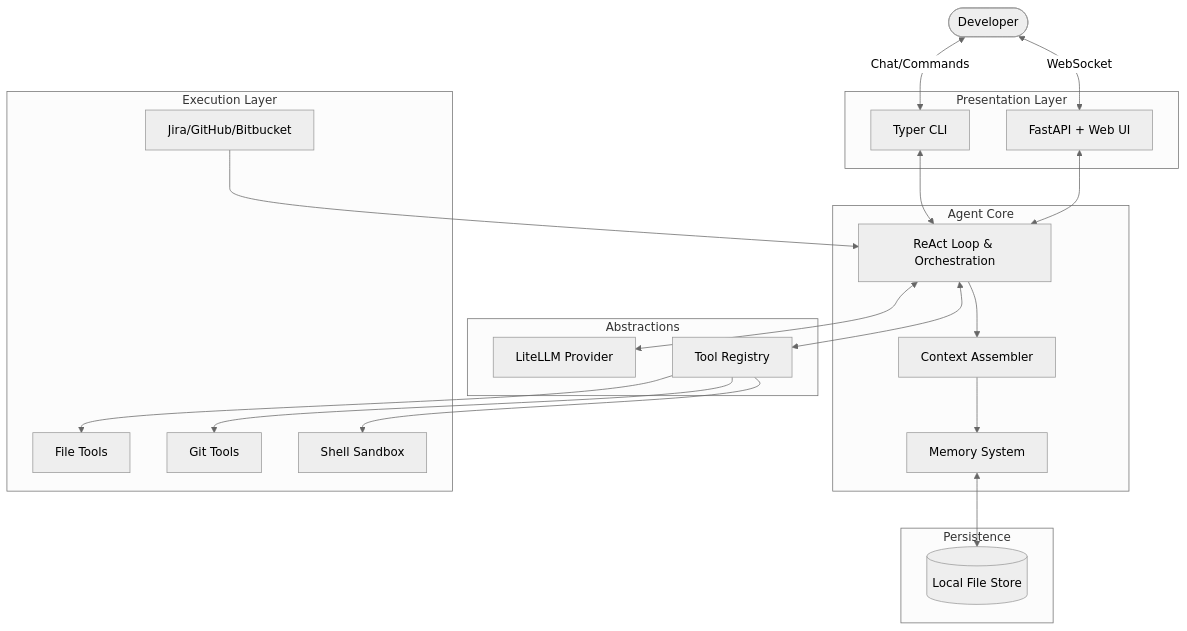
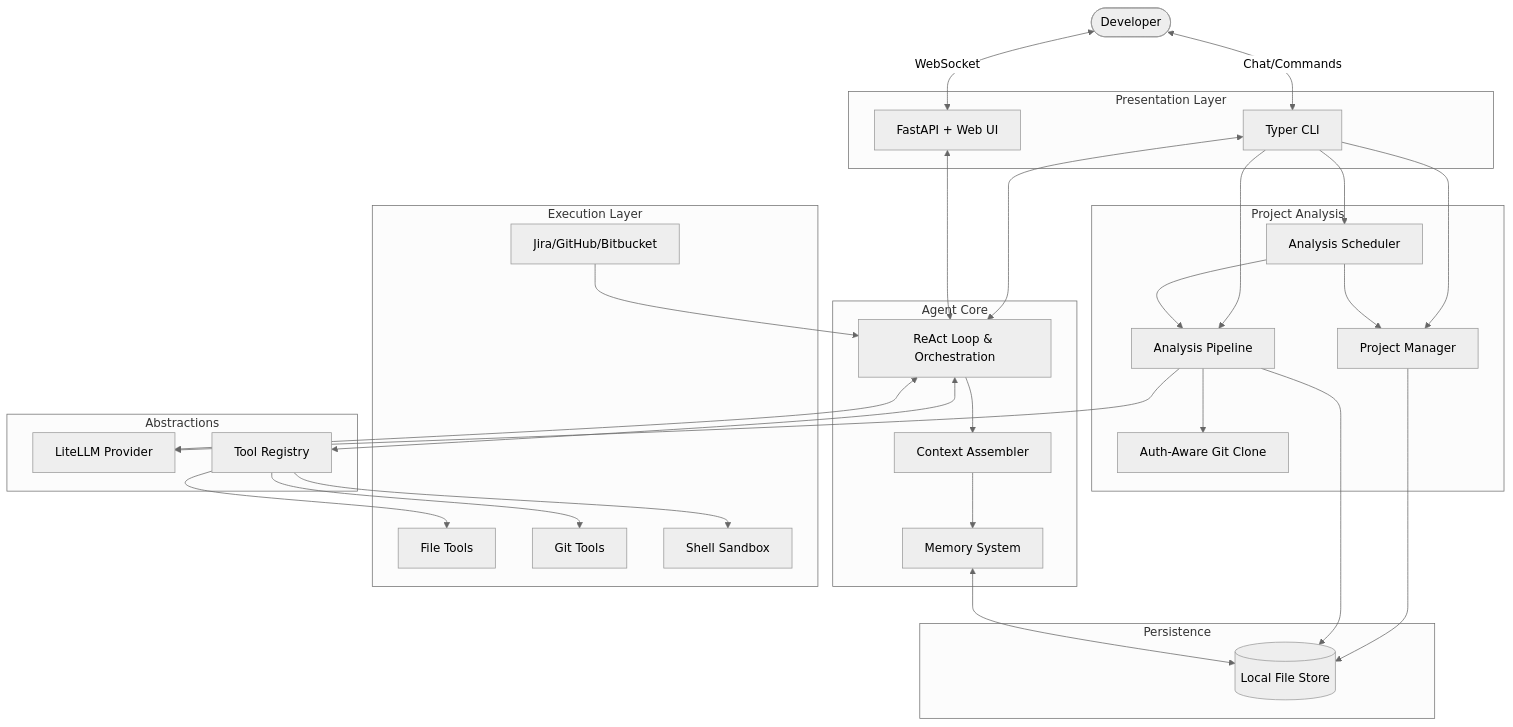
Before and after one commit to yangyanwu/workclaw: the diagram in docs/architecture.md, drawn with Mermaid (neutral theme). The commit also changed other lines of this file and 2 other files, not shown here.

Commit message:
docs: update architecture, implementation plan, and QA with project analysis features
Add projects module and analysis pipeline to architecture diagram and
component breakdown, expand implementation plan with project management
and scheduling sections, and add Q&A entries for multi-repo analysis,
auth methods, periodic scheduling, and agent context integration.

````diff
--- a/docs/architecture.md
+++ b/docs/architecture.md
@@ -13,49 +13,66 @@
 ```mermaid
 graph TD
     User([Developer])
-    
+
     subgraph "Presentation Layer"
         CLI[Typer CLI]
         GUI[FastAPI + Web UI]
     end
-    
+
     subgraph "Agent Core"
         ReAct[ReAct Loop & Orchestration]
         Context[Context Assembler]
         MemSys[Memory System]
     end
-    
+
     subgraph "Abstractions"
         LLM[LiteLLM Provider]
         Tools[Tool Registry]
     end
-    
+
     subgraph "Execution Layer"
         FileOps[File Tools]
         GitOps[Git Tools]
         Shell[Shell Sandbox]
         Integrations[Jira/GitHub/Bitbucket]
     end
-    
+
+    subgraph "Project Analysis"
+        Projects[Project Manager]
+        Pipeline[Analysis Pipeline]
+        Scheduler[Analysis Scheduler]
+        GitClone[Auth-Aware Git Clone]
+    end
+
     subgraph "Persistence"
         Storage[(Local File Store)]
     end
 
     User <--> |Chat/Commands| CLI
     User <--> |WebSocket| GUI
     CLI <--> ReAct
     GUI <--> ReAct
-    
+
     ReAct --> Context
     Context --> MemSys
     ReAct <--> LLM
     ReAct <--> Tools
-    
+
     Tools --> FileOps
     Tools --> GitOps
     Tools --> Shell
-    
+
     Integrations --> ReAct
-    
+
+    CLI --> Projects
+    CLI --> Pipeline
+    CLI --> Scheduler
+    Projects --> Storage
+    Pipeline --> GitClone
+    Pipeline --> LLM
+    Pipeline --> Storage
+    Scheduler --> Pipeline
+    Scheduler --> Projects
+
     MemSys <--> Storage
 ```
````
